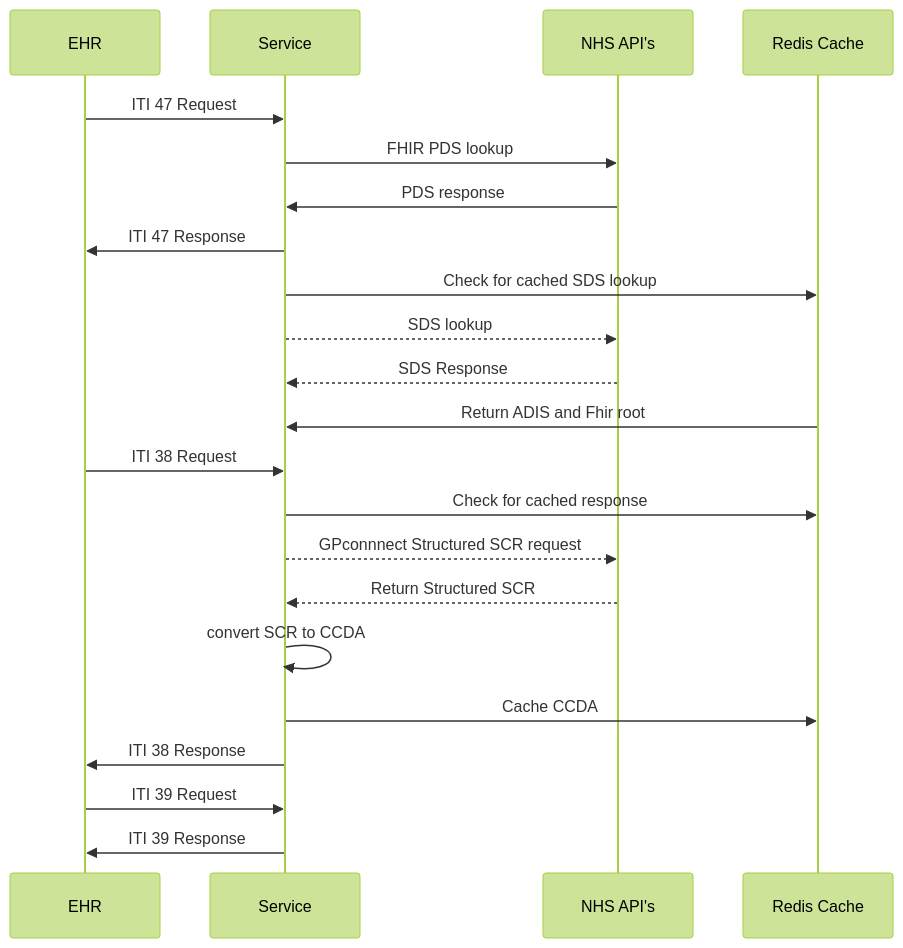
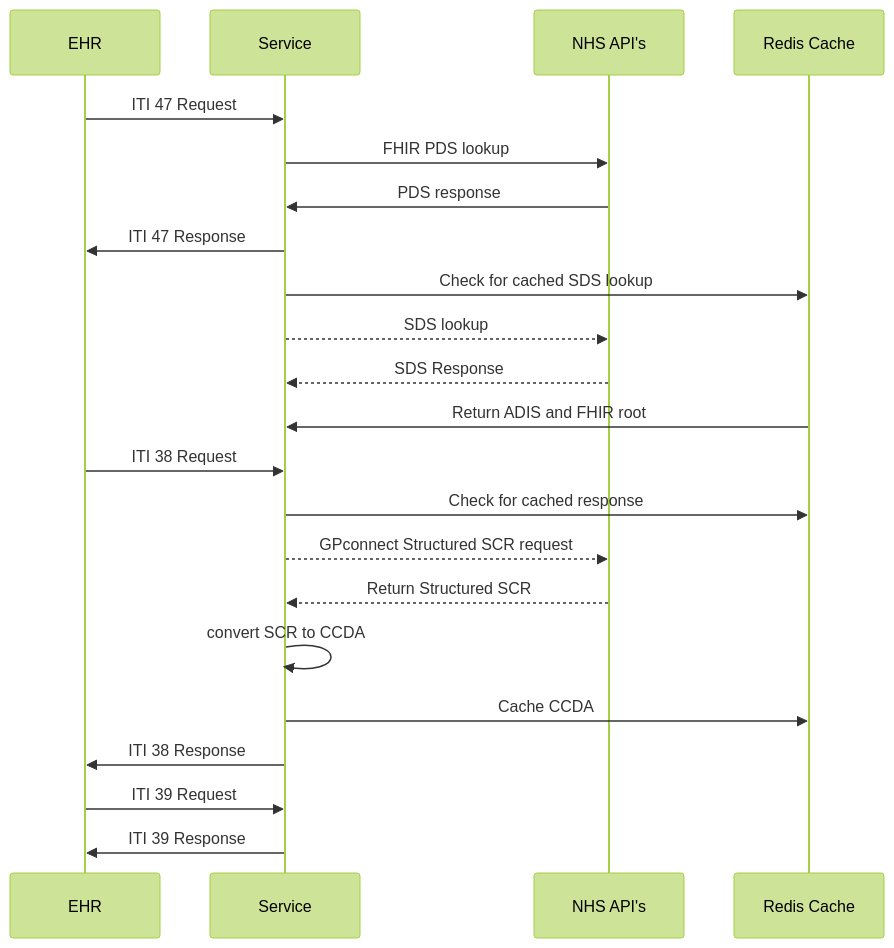
The diagram in README.md (UCLH-Digital-Innovation-Hub/Xhuma), drawn with Mermaid (forest theme) before and after one commit. The commit also changed other lines of this file and 8 other files, not shown here.

````diff
--- a/README.md
+++ b/README.md
@@ -13,24 +28,25 @@
 ```mermaid
-  sequenceDiagram
-  participant EHR
-  participant Service
-  participant NHS API's
-  participant Redis Cache
-  EHR->>Service: ITI 47 Request
-  Service->>NHS API's: FHIR PDS lookup
-  NHS API's->> Service: PDS response
-  Service->>EHR: ITI 47 Response
-  Service ->> Redis Cache: Check for cached SDS lookup
-  Service -->> NHS API's: SDS lookup
-  NHS API's -->> Service: SDS Response
-  Redis Cache ->> Service: Return ADIS and Fhir root
-  EHR->>Service: ITI 38 Request
-  Service->>Redis Cache: Check for cached response
-  Service-->>NHS API's:GPconnnect Structured SCR request
-  NHS API's-->> Service: Return Structured SCR
-  Service->>Service: convert SCR to CCDA
-  Service->>Redis Cache: Cache CCDA
-  Service->>EHR: ITI 38 Response
-  EHR->>Service: ITI 39 Request
-  Service->>EHR: ITI 39 Response
+sequenceDiagram
+    participant EHR
+    participant Service
+    participant NHS API's
+    participant Redis Cache
+    
+    EHR->>Service: ITI 47 Request
+    Service->>NHS API's: FHIR PDS lookup
+    NHS API's->>Service: PDS response
+    Service->>EHR: ITI 47 Response
+    Service->>Redis Cache: Check for cached SDS lookup
+    Service-->>NHS API's: SDS lookup
+    NHS API's-->>Service: SDS Response
+    Redis Cache->>Service: Return ADIS and FHIR root
+    EHR->>Service: ITI 38 Request
+    Service->>Redis Cache: Check for cached response
+    Service-->>NHS API's: GPconnect Structured SCR request
+    NHS API's-->>Service: Return Structured SCR
+    Service->>Service: convert SCR to CCDA
+    Service->>Redis Cache: Cache CCDA
+    Service->>EHR: ITI 38 Response
+    EHR->>Service: ITI 39 Request
+    Service->>EHR: ITI 39 Response
 ```
````
